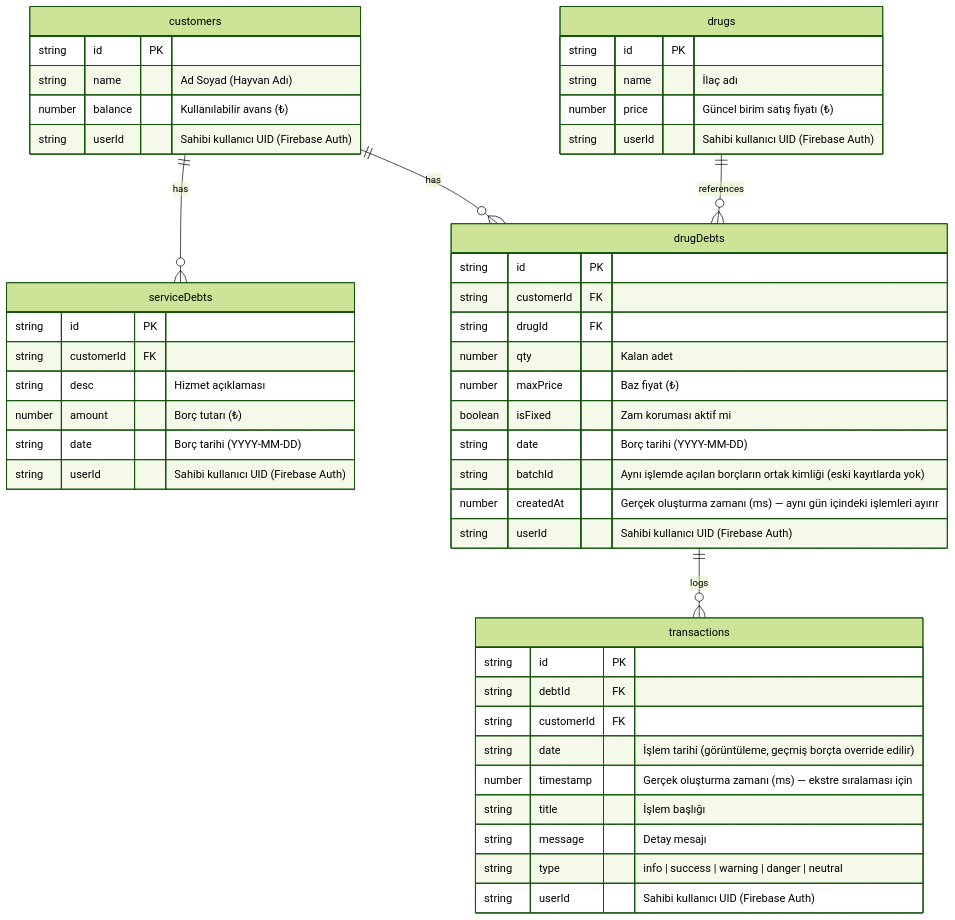
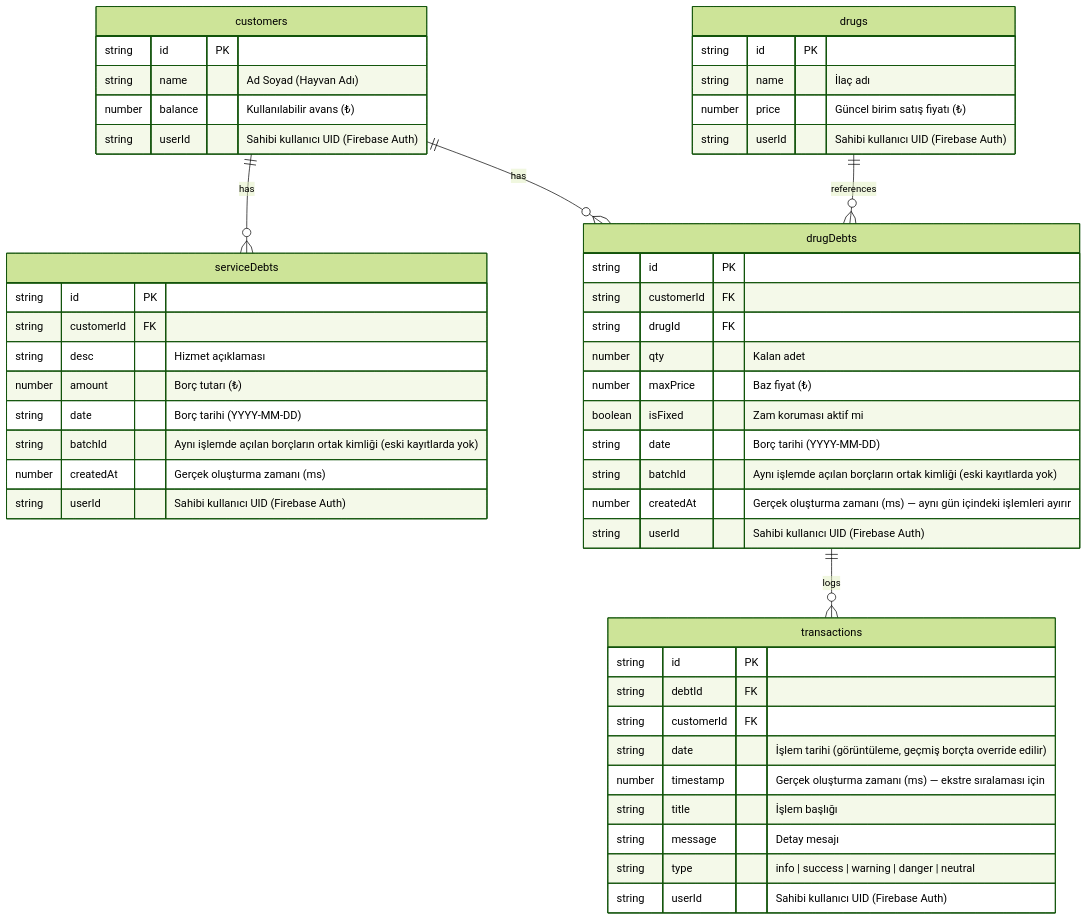
One commit to omerf-engin/vetcari-app changed the second of 4 diagrams in docs/ARCHITECTURE.md. Above: the diagram before and after it, drawn with Mermaid (forest theme). The commit also changed other lines of this file and 3 other files, not shown here.

First line of the commit message:
docs: TASK-027 tamamlandi, ARCHITECTURE ve CLAUDE.md guncellendi

````diff
--- a/docs/ARCHITECTURE.md
+++ b/docs/ARCHITECTURE.md
@@ -252,55 +254,57 @@
 ```mermaid
 erDiagram
     customers ||--o{ serviceDebts : "has"
     customers ||--o{ drugDebts : "has"
     drugDebts ||--o{ transactions : "logs"
     drugs ||--o{ drugDebts : "references"
 
     customers {
         string id PK
         string name "Ad Soyad (Hayvan Adı)"
         number balance "Kullanılabilir avans (₺)"
         string userId "Sahibi kullanıcı UID (Firebase Auth)"
     }
 
     drugs {
         string id PK
         string name "İlaç adı"
         number price "Güncel birim satış fiyatı (₺)"
         string userId "Sahibi kullanıcı UID (Firebase Auth)"
     }
 
     serviceDebts {
         string id PK
         string customerId FK
         string desc "Hizmet açıklaması"
         number amount "Borç tutarı (₺)"
         string date "Borç tarihi (YYYY-MM-DD)"
+        string batchId "Aynı işlemde açılan borçların ortak kimliği (eski kayıtlarda yok)"
+        number createdAt "Gerçek oluşturma zamanı (ms)"
         string userId "Sahibi kullanıcı UID (Firebase Auth)"
     }
 
     drugDebts {
         string id PK
         string customerId FK
         string drugId FK
         number qty "Kalan adet"
         number maxPrice "Baz fiyat (₺)"
         boolean isFixed "Zam koruması aktif mi"
         string date "Borç tarihi (YYYY-MM-DD)"
         string batchId "Aynı işlemde açılan borçların ortak kimliği (eski kayıtlarda yok)"
         number createdAt "Gerçek oluşturma zamanı (ms) — aynı gün içindeki işlemleri ayırır"
         string userId "Sahibi kullanıcı UID (Firebase Auth)"
     }
 
     transactions {
         string id PK
         string debtId FK
         string customerId FK
         string date "İşlem tarihi (görüntüleme, geçmiş borçta override edilir)"
         number timestamp "Gerçek oluşturma zamanı (ms) — ekstre sıralaması için"
         string title "İşlem başlığı"
         string message "Detay mesajı"
         string type "info | success | warning | danger | neutral"
         string userId "Sahibi kullanıcı UID (Firebase Auth)"
     }
 ```
````
